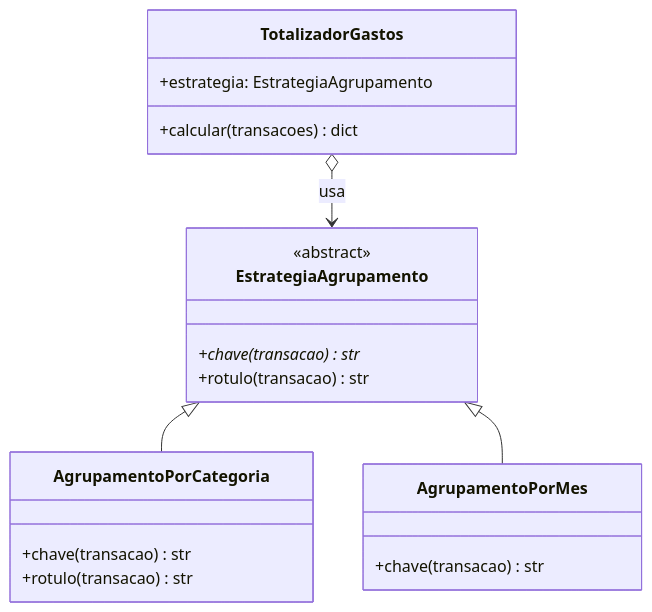
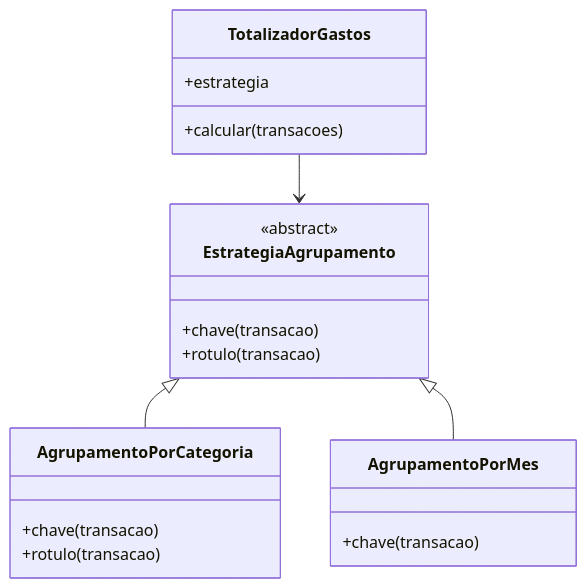
Before and after one commit to eLivrari/Atividade3-eng.software: the first of 2 diagrams in docs/Sprint4_Historia2.md, drawn with Mermaid. The commit also changed other lines of this file and 2 other files, not shown here.

````diff
--- a/docs/Sprint4_Historia2.md
+++ b/docs/Sprint4_Historia2.md
@@ -40,26 +24,23 @@
 ```mermaid
 classDiagram
     class TotalizadorGastos {
-        +estrategia: EstrategiaAgrupamento
-        +calcular(transacoes) dict
+        +estrategia
+        +calcular(transacoes)
+    }
+    class EstrategiaAgrupamento {
+        <<abstract>>
+        +chave(transacao)
+        +rotulo(transacao)
+    }
+    class AgrupamentoPorCategoria {
+        +chave(transacao)
+        +rotulo(transacao)
+    }
+    class AgrupamentoPorMes {
+        +chave(transacao)
     }
 
-    class EstrategiaAgrupamento {
-        <<abstract>>
-        +chave(transacao)* str
-        +rotulo(transacao) str
-    }
-
-    class AgrupamentoPorCategoria {
-        +chave(transacao) str
-        +rotulo(transacao) str
-    }
-
-    class AgrupamentoPorMes {
-        +chave(transacao) str
-    }
-
-    TotalizadorGastos o--> EstrategiaAgrupamento : usa
+    TotalizadorGastos --> EstrategiaAgrupamento
     EstrategiaAgrupamento <|-- AgrupamentoPorCategoria
     EstrategiaAgrupamento <|-- AgrupamentoPorMes
 ```
````
